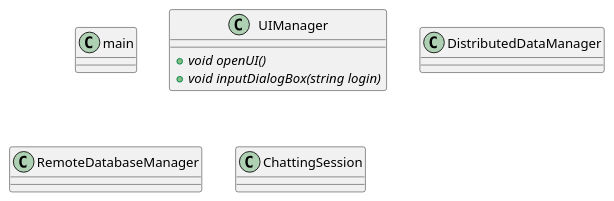
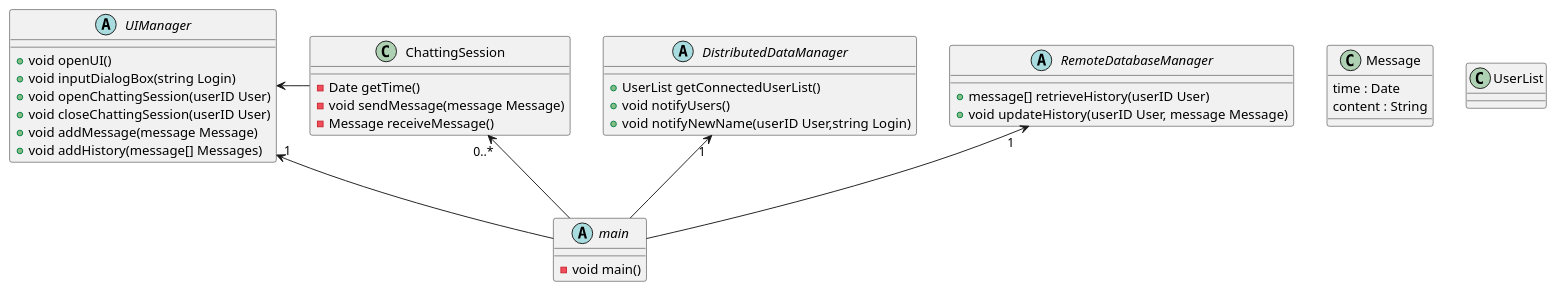
The diagram in UMLPlant/class.wsd (scanim-valentin/decentralized-chat-system), drawn with PlantUML before and after one commit.

```diff
--- a/UMLPlant/class.wsd
+++ b/UMLPlant/class.wsd
@@ -1,23 +1,48 @@
 @startuml ClassDiagram
-class main {
-
+abstract class main {
+    -void main()
 }
 
-class UIManager {
-+void {abstract} openUI()
-+void {abstract} inputDialogBox(string login)
+abstract class UIManager {
+    +void openUI()
+    +void inputDialogBox(string Login)
+    +void openChattingSession(userID User)
+    +void closeChattingSession(userID User)
+    +void addMessage(message Message)
+    +void addHistory(message[] Messages)
 }
 
-class DistributedDataManager {
-
+abstract class DistributedDataManager {
+    +UserList getConnectedUserList()
+    +void notifyUsers()
+    +void notifyNewName(userID User,string Login)
 }
 
-class  RemoteDatabaseManager{
-
+abstract class  RemoteDatabaseManager{
+    +message[] retrieveHistory(userID User)
+    +void updateHistory(userID User, message Message)
 }
 
-class  ChattingSession{
-
+class ChattingSession{
+    -Date getTime()
+    -void sendMessage(message Message)
+    -Message receiveMessage()
 }
 
+class Message{
+    time : Date
+    content : String
+}
+
+class UserList{
+    
+}
+
+UIManager "1" <-- main
+RemoteDatabaseManager "1" <-- main
+DistributedDataManager "1" <-- main
+ChattingSession "0..*" <-- main
+UIManager <-d ChattingSession
+
+
 @enduml
```
